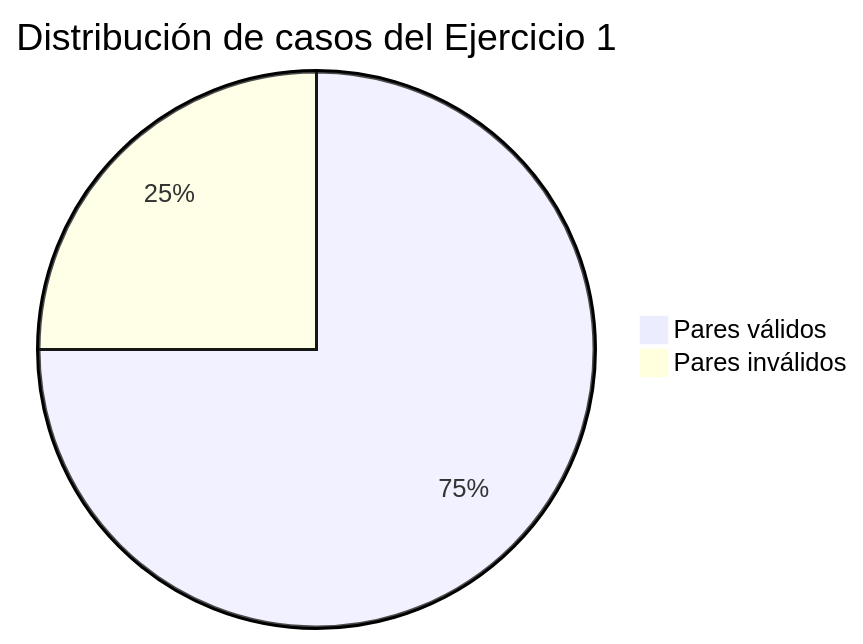
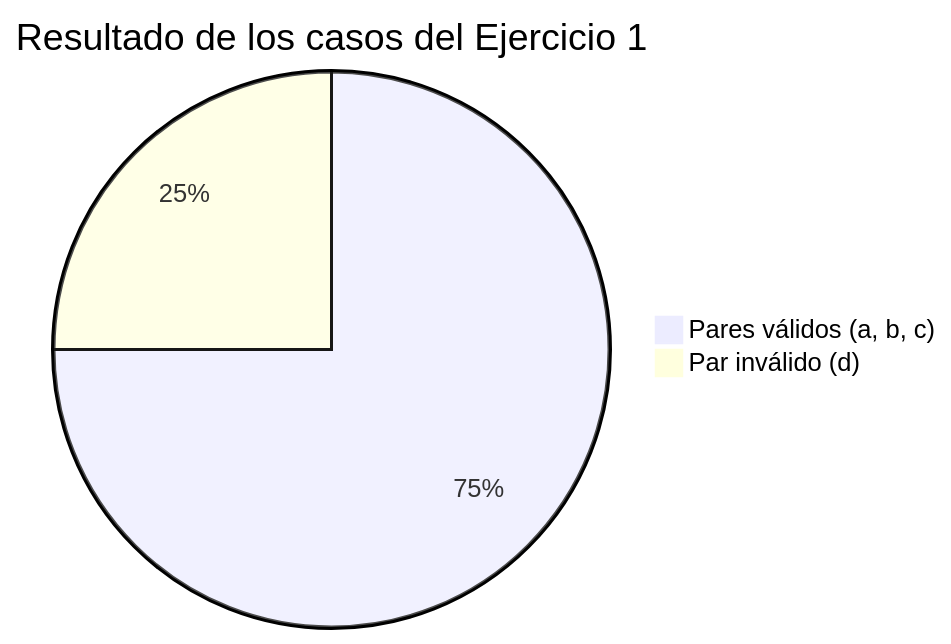
One commit to jessicaromero-ctrl/Cibersecurity changed the fifth of 5 diagrams in corte-02/practicas/rsa-diffie-hellman/readme.md. Above: the diagram before and after it, drawn with Mermaid. The commit also changed other lines of this file and 1 other file, not shown here.

````diff
--- a/corte-02/practicas/rsa-diffie-hellman/readme.md
+++ b/corte-02/practicas/rsa-diffie-hellman/readme.md
@@ -154,5 +173,5 @@
 ```mermaid
-pie title Distribución de casos del Ejercicio 1
-    "Pares válidos" : 3
-    "Pares inválidos" : 1
+pie title Resultado de los casos del Ejercicio 1
+    "Pares válidos (a, b, c)" : 3
+    "Par inválido (d)" : 1
 ```
````
